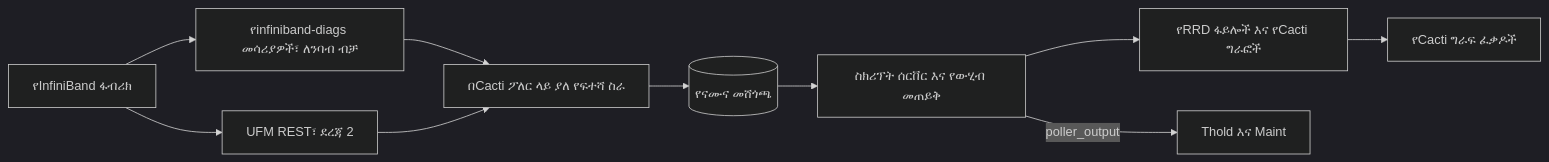
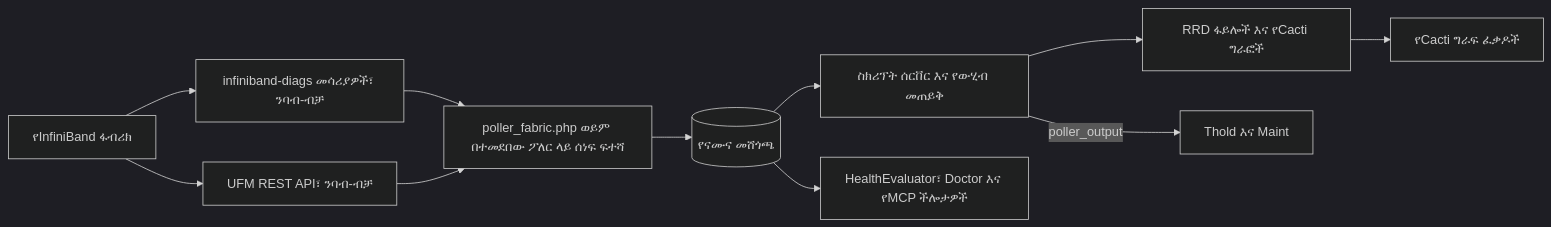
One commit to somethingwithproof/plugin_fabric changed the diagram in docs/i18n/am-ET/README.md. Above: the diagram before and after it, drawn with Mermaid (dark theme). The commit also changed other lines of this file and 48 other files, not shown here.

````diff
--- a/docs/i18n/am-ET/README.md
+++ b/docs/i18n/am-ET/README.md
@@ -102,12 +132,13 @@
 ```mermaid
 flowchart LR
-    F["የInfiniBand ፋብሪክ"] --> T["የinfiniband-diags መሳሪያዎች፣ ለንባብ ብቻ"]
-    F --> U["UFM REST፣ ደረጃ 2"]
-    T --> S["በCacti ፖለር ላይ ያለ የፍተሻ ስራ"]
+    F["የInfiniBand ፋብሪክ"] --> T["infiniband-diags መሳሪያዎች፣ ንባብ-ብቻ"]
+    F --> U["UFM REST API፣ ንባብ-ብቻ"]
+    T --> S["poller_fabric.php ወይም በተመደበው ፖለር ላይ ሰነፍ ፍተሻ"]
     U --> S
     S --> C[("የናሙና መሸጎጫ")]
     C --> SS["ስክሪፕት ሰርቨር እና የውሂብ መጠይቅ"]
-    SS --> R["የRRD ፋይሎች እና የCacti ግራፎች"]
+    SS --> R["RRD ፋይሎች እና የCacti ግራፎች"]
     SS -->|poller_output| TH["Thold እና Maint"]
+    C --> H["HealthEvaluator፣ Doctor እና የMCP ችሎታዎች"]
     R --> P["የCacti ግራፍ ፈቃዶች"]
 ```
````
